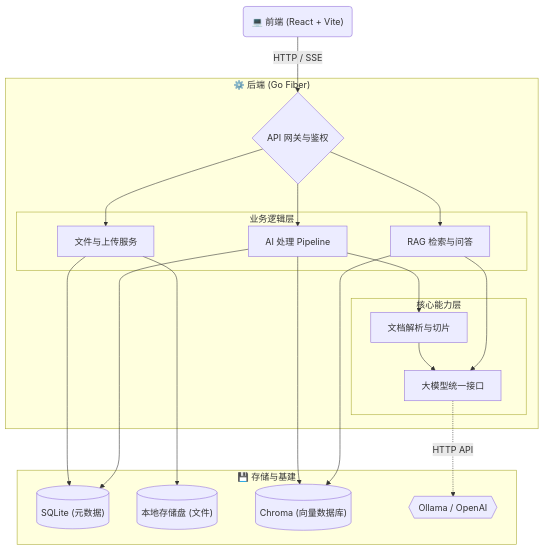
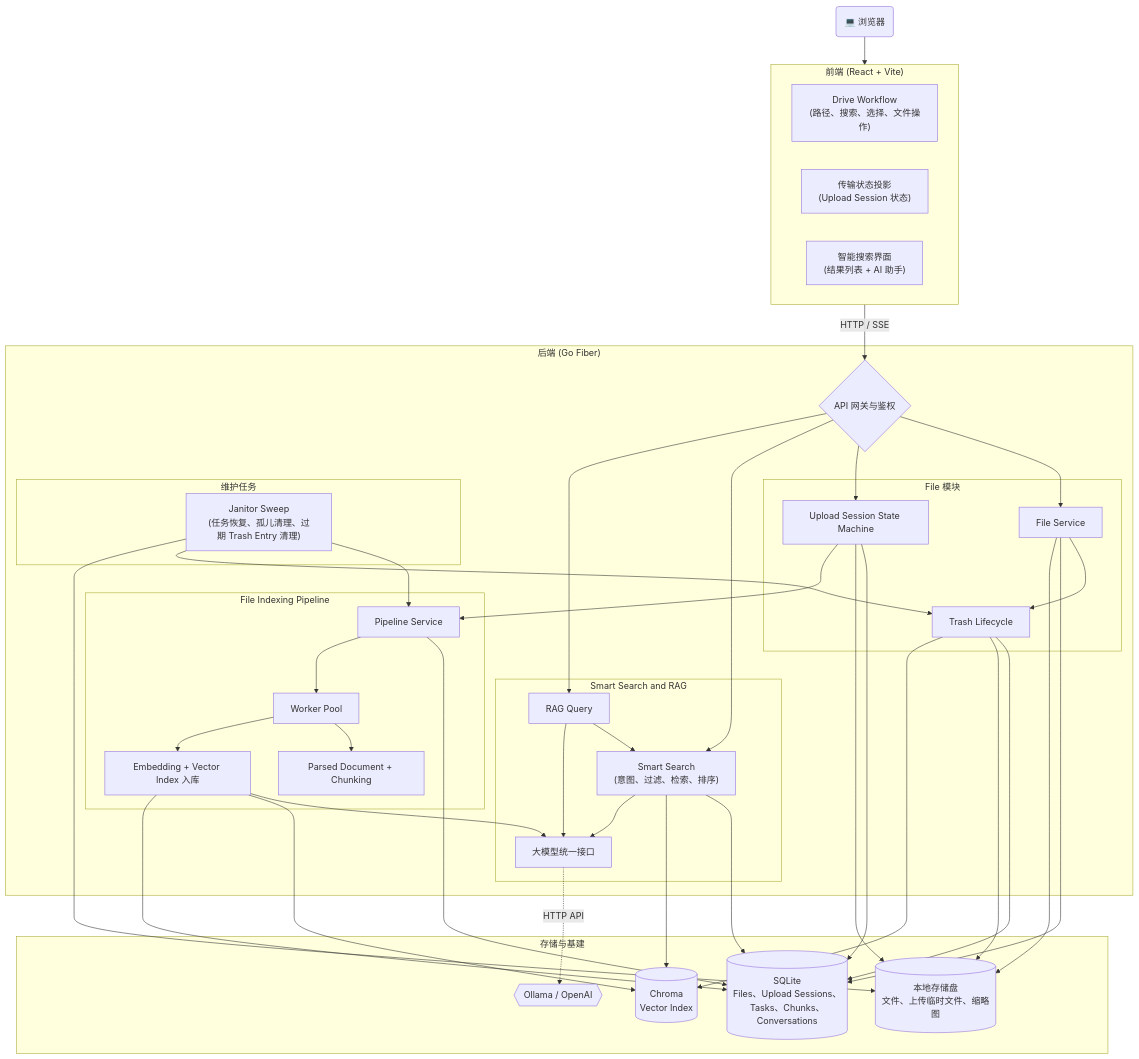
The diagram in README-ZH.md (memo-drive/memo-drive), drawn with Mermaid before and after one commit. The commit also changed other lines of this file and 55 other files, not shown here.

First line of the commit message:
🔧 chore: enhance upload session management and pipeline task recovery

````diff
--- a/README-ZH.md
+++ b/README-ZH.md
@@ -29,42 +32,81 @@
 ```mermaid
 flowchart TB
-    Client("💻 前端 (React + Vite)")
+    Client("💻 浏览器")
 
-    subgraph Backend ["⚙️ 后端 (Go Fiber)"]
+    subgraph Frontend ["前端 (React + Vite)"]
+        Drive["Drive Workflow\n(路径、搜索、选择、文件操作)"]
+        Transfer["传输状态投影\n(Upload Session 状态)"]
+        SmartUI["智能搜索界面\n(结果列表 + AI 助手)"]
+    end
+
+    subgraph Backend ["后端 (Go Fiber)"]
         Gateway{"API 网关与鉴权"}
 
-        subgraph Services ["业务逻辑层"]
-            FileSvc["文件与上传服务"]
-            PipeSvc["AI 处理 Pipeline"]
-            RAGSvc["RAG 检索与问答"]
+        subgraph FileModules ["File 模块"]
+            FileSvc["File Service"]
+            Trash["Trash Lifecycle"]
+            Upload["Upload Session State Machine"]
         end
 
-        subgraph Core ["核心能力层"]
-            Parser["文档解析与切片"]
+        subgraph PipelineModules ["File Indexing Pipeline"]
+            PipeSvc["Pipeline Service"]
+            Worker["Worker Pool"]
+            Parser["Parsed Document + Chunking"]
+            Indexer["Embedding + Vector Index 入库"]
+        end
+
+        subgraph SearchModules ["Smart Search and RAG"]
+            Search["Smart Search\n(意图、过滤、检索、排序)"]
+            RAG["RAG Query"]
             LLM["大模型统一接口"]
+        end
+
+        subgraph Maintenance ["维护任务"]
+            Janitor["Janitor Sweep\n(任务恢复、孤儿清理、过期 Trash Entry 清理)"]
         end
     end
 
-    subgraph Storage ["💾 存储与基建"]
-        DB[("SQLite (元数据)")]
-        Files[("本地存储盘 (文件)")]
-        Chroma[("Chroma (向量数据库)")]
+    subgraph Storage ["存储与基建"]
+        DB[("SQLite\nFiles、Upload Sessions、Tasks、Chunks、Conversations")]
+        Files[("本地存储盘\n文件、上传临时文件、缩略图")]
+        Chroma[("Chroma\nVector Index")]
         Ollama{{"Ollama / OpenAI"}}
     end
 
-    Client -- "HTTP / SSE" --> Gateway
-    Gateway --> FileSvc & PipeSvc & RAGSvc
+    Client --> Frontend
+    Frontend -- "HTTP / SSE" --> Gateway
 
+    Gateway --> FileSvc
+    Gateway --> Upload
+    Gateway --> Search
+    Gateway --> RAG
+
+    FileSvc --> Trash
     FileSvc --> DB
     FileSvc --> Files
+    Upload --> DB
+    Upload --> Files
+    Upload --> PipeSvc
 
-    PipeSvc --> Parser
-    Parser --> LLM
-    PipeSvc --> Chroma
     PipeSvc --> DB
+    PipeSvc --> Worker
+    Worker --> Parser
+    Worker --> Indexer
+    Indexer --> LLM
+    Indexer --> Chroma
+    Indexer --> DB
 
-    RAGSvc --> Chroma
-    RAGSvc --> LLM
+    Search --> DB
+    Search --> Chroma
+    Search --> LLM
+    RAG --> Search
+    RAG --> LLM
 
+    Trash --> DB
+    Trash --> Files
+    Trash --> Chroma
+    Janitor --> PipeSvc
+    Janitor --> Trash
+    Janitor --> Files
     LLM -. "HTTP API" .-> Ollama
 ```
````
